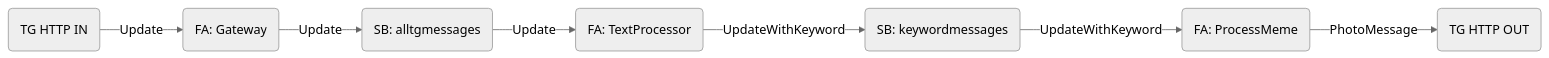
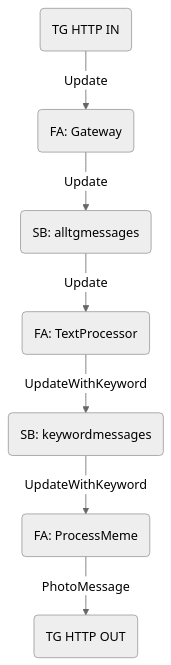
Before and after one commit to ArtemKiyashko/memesfinder-infrastructure: the diagram in README.md, drawn with Mermaid (neutral theme).

Commit message:
set top down data flow graph direction

````diff
--- a/README.md
+++ b/README.md
@@ -40,18 +40,18 @@
 ```mermaid
-flowchart LR;
+flowchart TD;
 
 A(TG HTTP IN);
 B(FA: Gateway);
 C(SB: alltgmessages)
 D(FA: TextProcessor)
 E(SB: keywordmessages)
 F(FA: ProcessMeme)
 Z(TG HTTP OUT)
 
 A -- Update --> B
 B -- Update --> C
 C -- Update --> D
 D -- UpdateWithKeyword --> E
 E -- UpdateWithKeyword --> F
 F -- PhotoMessage --> Z
 ```
````
